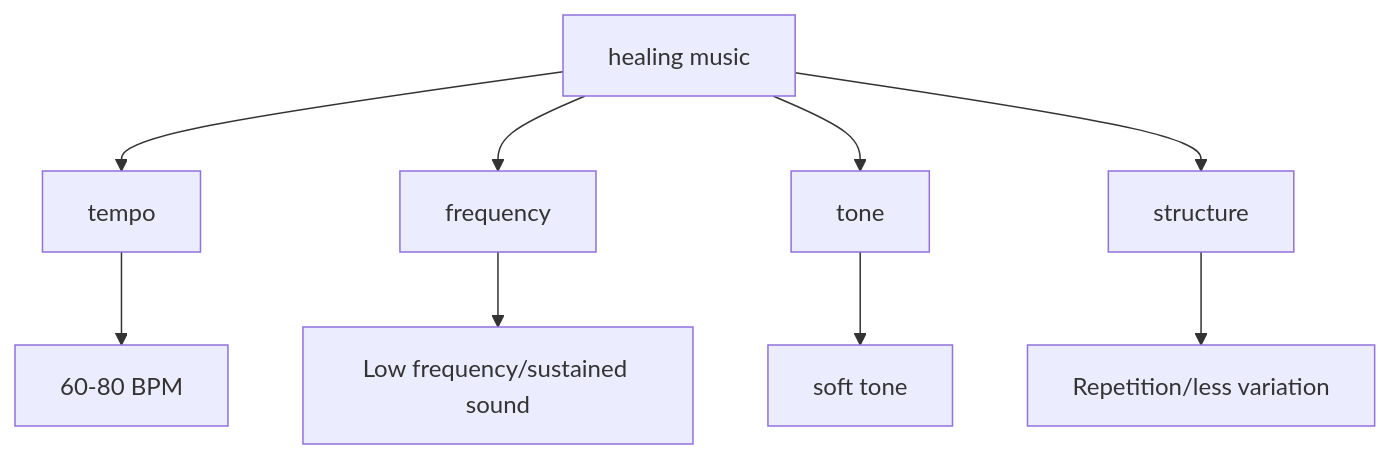
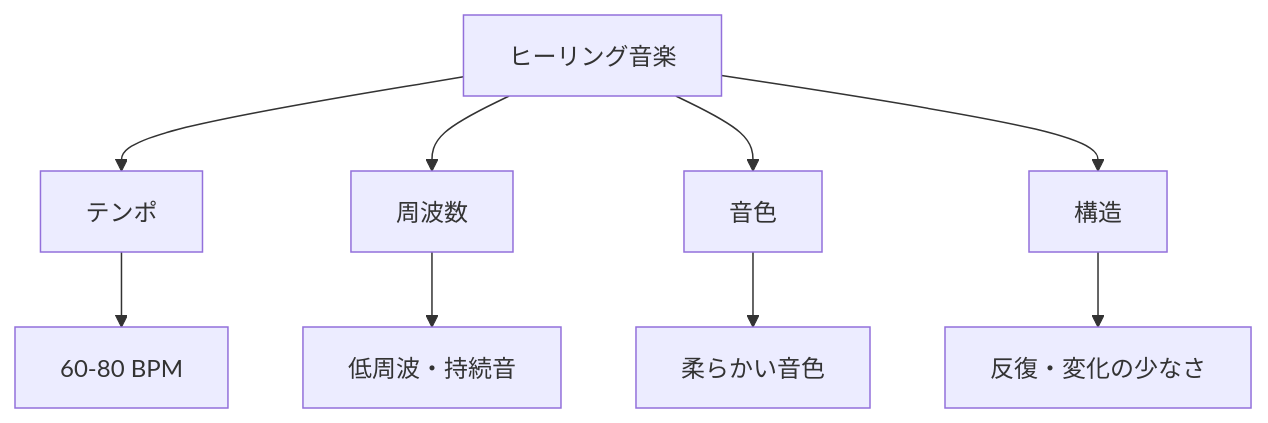
The first of 6 diagrams in en/_posts/2026-04-11-column-healing-music-history.md (monumental-movement/monumental-movement.github.io), drawn with Mermaid before and after one commit. The commit also changed other lines of this file and 2196 other files, not shown here.

```diff
--- a/en/_posts/2026-04-11-column-healing-music-history.md
+++ b/en/_posts/2026-04-11-column-healing-music-history.md
@@ -127,13 +127,13 @@
 <div class="mermaid">
 graph TD
-A[healing music] --> B[tempo]
-A --> C[frequency]
-A --> D[tone]
-A --> E[structure]
+A[ヒーリング音楽] --> B[テンポ]
+A --> C[周波数]
+A --> D[音色]
+A --> E[構造]
 
 B --> B1[60-80 BPM]
-C --> C1[Low frequency/sustained sound]
-D --> D1[soft tone]
-E --> E1[Repetition/less variation]
+C --> C1[低周波・持続音]
+D --> D1[柔らかい音色]
+E --> E1[反復・変化の少なさ]
 
 </div>
```
